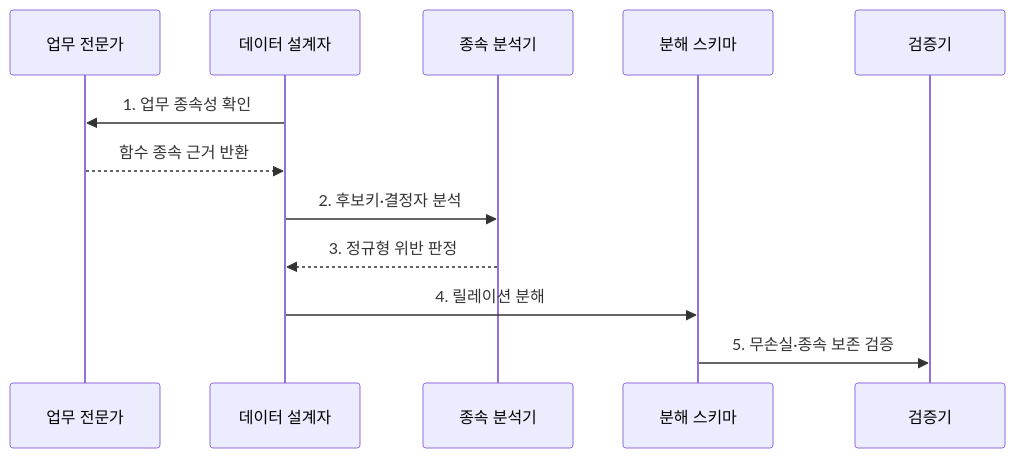
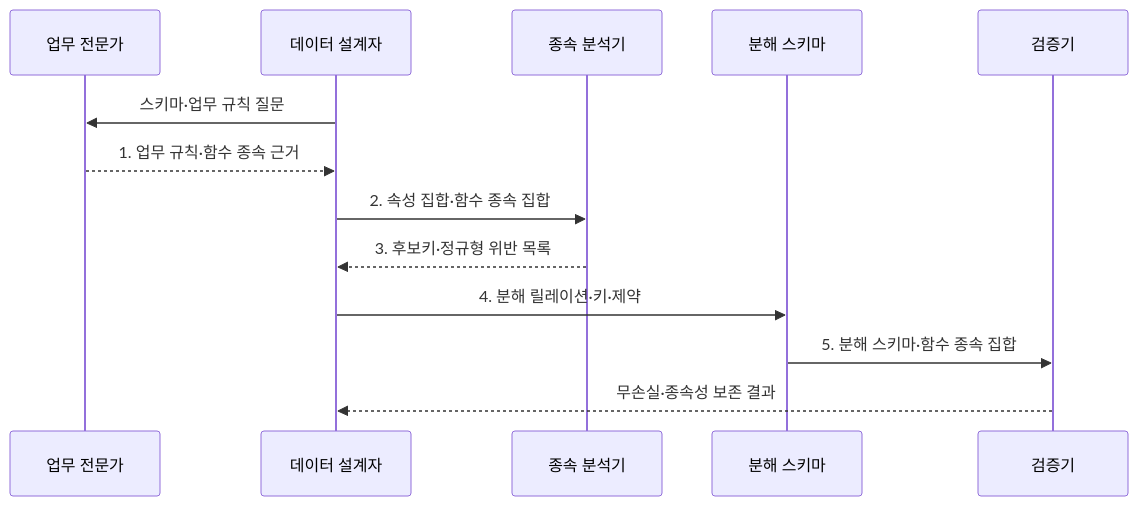
The second of 2 diagrams in src/content/docs/notes/03-software/089_database_normalization.md (agnusdei1207/knowledge-base), drawn with Mermaid before and after one commit. The commit also changed other lines of this file and 20 other files, not shown here.

````diff
--- a/src/content/docs/notes/03-software/089_database_normalization.md
+++ b/src/content/docs/notes/03-software/089_database_normalization.md
@@ -84,14 +89,15 @@
 ```mermaid
 sequenceDiagram
     participant B as 업무 전문가
     participant D as 데이터 설계자
     participant F as 종속 분석기
     participant S as 분해 스키마
     participant V as 검증기
-    D->>B: 1. 업무 종속성 확인
-    B-->>D: 함수 종속 근거 반환
-    D->>F: 2. 후보키·결정자 분석
-    F-->>D: 3. 정규형 위반 판정
-    D->>S: 4. 릴레이션 분해
-    S->>V: 5. 무손실·종속 보존 검증
+    D->>B: 스키마·업무 규칙 질문
+    B-->>D: 1. 업무 규칙·함수 종속 근거
+    D->>F: 2. 속성 집합·함수 종속 집합
+    F-->>D: 3. 후보키·정규형 위반 목록
+    D->>S: 4. 분해 릴레이션·키·제약
+    S->>V: 5. 분해 스키마·함수 종속 집합
+    V-->>D: 무손실·종속성 보존 결과
 ```
````
